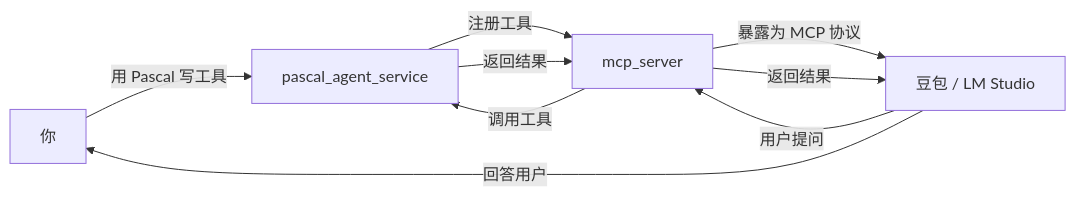
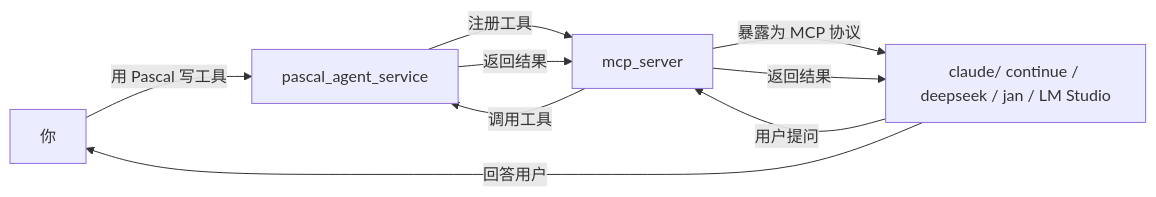
Before and after one commit to PassByYou888/LingoFuse-pasAgent: the diagram in readme.md, drawn with Mermaid. The commit also changed other lines of this file, not shown here.

````diff
--- a/readme.md
+++ b/readme.md
@@ -124,11 +62,11 @@
 ```mermaid
 graph LR
     User[你] -->|用 Pascal 写工具| Pas[pascal_agent_service]
     Pas -->|注册工具| MCP[mcp_server]
-    MCP -->|暴露为 MCP 协议| AI[豆包 / LM Studio]
+    MCP -->|暴露为 MCP 协议| AI[claude/ continue / deepseek / jan / LM Studio]
     AI -->|用户提问| MCP
     MCP -->|调用工具| Pas
     Pas -->|返回结果| MCP
     MCP -->|返回结果| AI
     AI -->|回答用户| User
 ```
````
